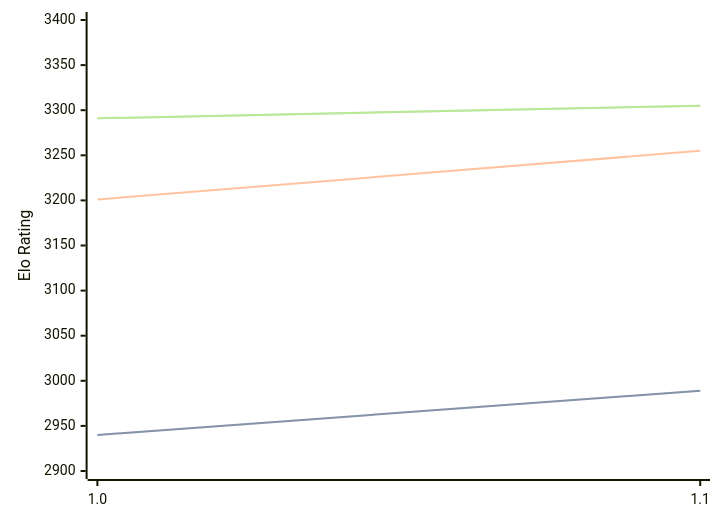
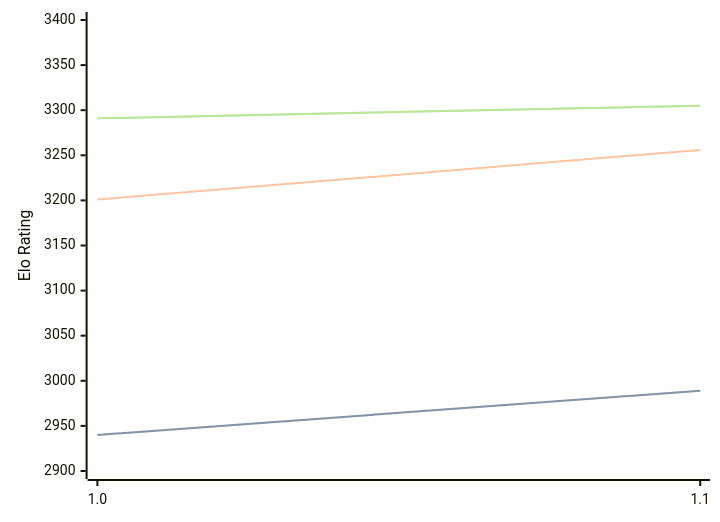
Before and after one commit to computer-chess-index/cci: the diagram in engines/RodentV.md, drawn with Mermaid. The commit also changed other lines of this file, not shown here.

````diff
--- a/engines/RodentV.md
+++ b/engines/RodentV.md
@@ -33,11 +33,11 @@
 ```mermaid
 %%{init: {"theme":"base","themeVariables":{"seriesColors:['#a3a3a3','#222221','#faa371']}}}%%
 xychart-beta
   x-axis ["1.0", "1.1"]
   y-axis "Elo Rating" 2900 --> 3400
   line "" [2940, 2989]
   line "STC (8.0+0.08s)" [2940, 2989]
-  line "LTC (60.0+0.60s)" [3201, 3255]
+  line "LTC (60.0+0.60s)" [3201, 3256]
   line "" [3291, 3305]
   line "VLTC (2m24s+1.12s)" [3291, 3305]
 ```
````
